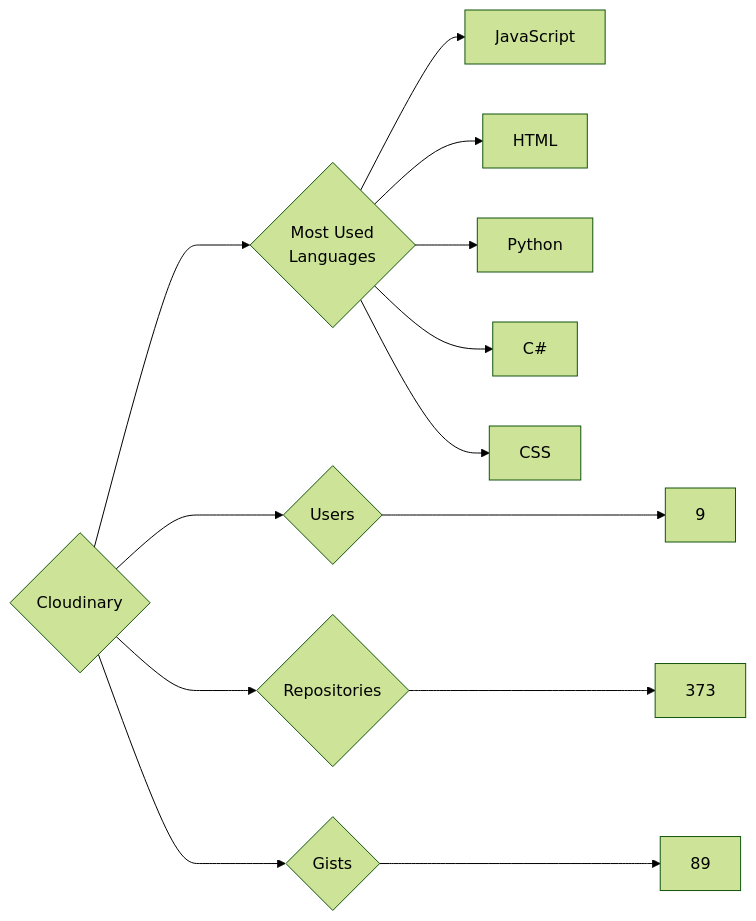
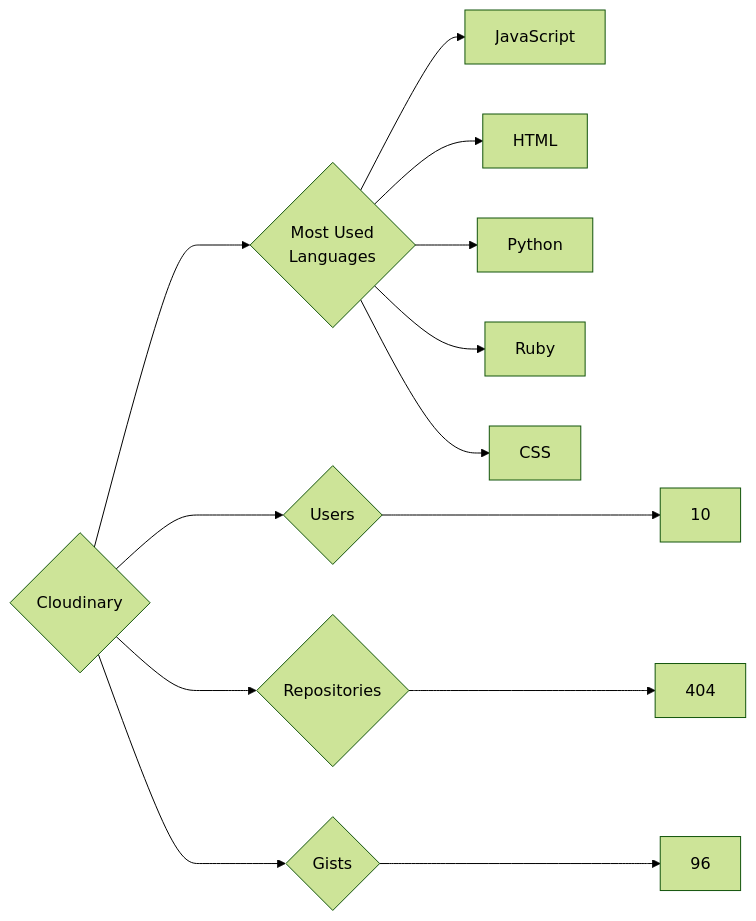
Before and after one commit to trickest/insiders: the diagram in targets/Cloudinary/README.md, drawn with Mermaid (forest theme). The commit also changed 865 other files, not shown here.

````diff
--- a/targets/Cloudinary/README.md
+++ b/targets/Cloudinary/README.md
@@ -3,13 +3,13 @@
 ```mermaid
 graph LR
 COMPANY_NAME{Cloudinary}
-COMPANY_NAME ---> U{Users} ---> UN[9]
-COMPANY_NAME ---> R{Repositories} ---> RN[373]
-COMPANY_NAME ---> G{Gists} ---> GN[89]
+COMPANY_NAME ---> U{Users} ---> UN[10]
+COMPANY_NAME ---> R{Repositories} ---> RN[404]
+COMPANY_NAME ---> G{Gists} ---> GN[96]
 COMPANY_NAME ---> ML{Most Used<br>Languages}
 ML --> JavaScript[JavaScript]
 ML --> HTML[HTML]
 ML --> Python[Python]
-ML --> C#[C#]
+ML --> Ruby[Ruby]
 ML --> CSS[CSS]
 ```
````
